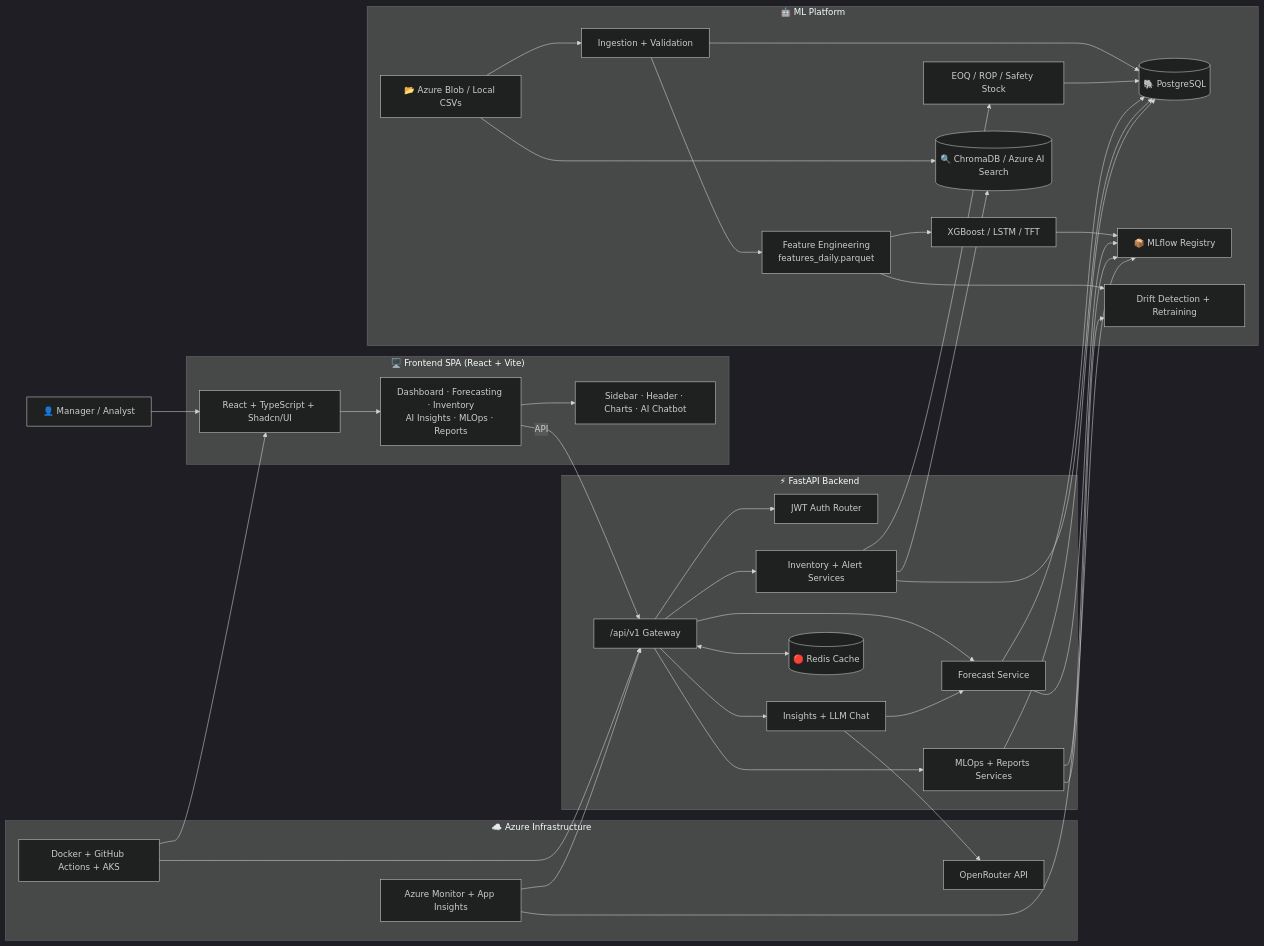
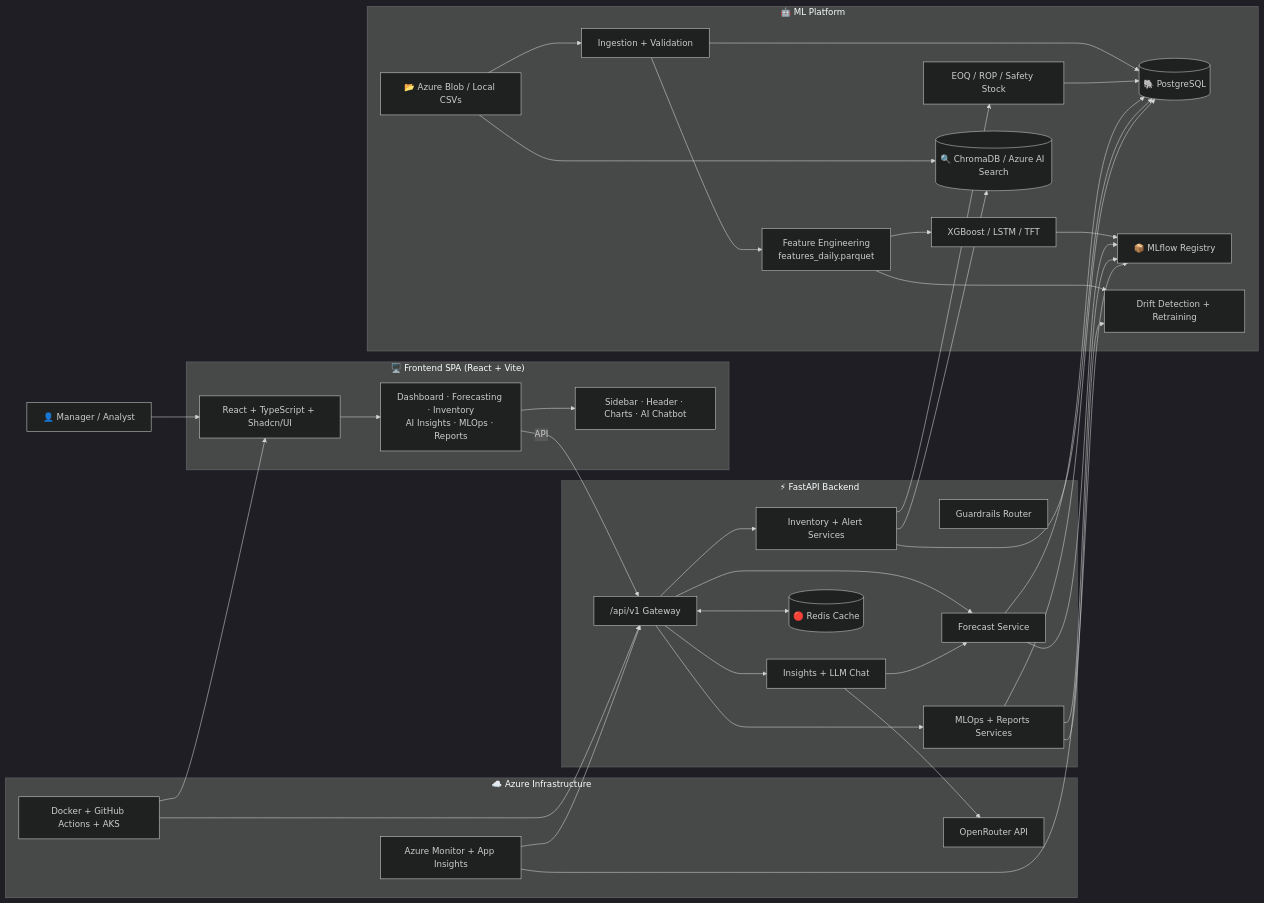
One commit to IbrahimAbdelsattar/SupplyMindAI changed the first of 5 diagrams in README.md. Above: the diagram before and after it, drawn with Mermaid (dark theme). The commit also changed other lines of this file and 78 other files, not shown here.

````diff
--- a/README.md
+++ b/README.md
@@ -212,55 +212,55 @@
 ```mermaid
 flowchart LR
     user["👤 Manager / Analyst"]
 
     subgraph FE["🖥️ Frontend SPA (React + Vite)"]
         app["React + TypeScript + Shadcn/UI"]
         pages["Dashboard · Forecasting · Inventory\nAI Insights · MLOps · Reports"]
         shared["Sidebar · Header · Charts · AI Chatbot"]
         app --> pages --> shared
     end
 
     subgraph API["⚡ FastAPI Backend"]
         gateway["/api/v1 Gateway"]
-        auth["JWT Auth Router"]
+        guardrails["Guardrails Router"]
         forecastSvc["Forecast Service"]
         inventorySvc["Inventory + Alert Services"]
         insightSvc["Insights + LLM Chat"]
         mlopsSvc["MLOps + Reports Services"]
         cache[("🔴 Redis Cache")]
-        gateway --> auth & forecastSvc & inventorySvc & insightSvc & mlopsSvc
+        gateway --> forecastSvc & inventorySvc & insightSvc & mlopsSvc
         gateway <--> cache
     end
 
     subgraph DATA["🤖 ML Platform"]
         raw["📂 Azure Blob / Local CSVs"]
         ingest["Ingestion + Validation"]
         features["Feature Engineering\nfeatures_daily.parquet"]
         postgres[("🐘 PostgreSQL")]
         training["XGBoost / LSTM / TFT"]
         registry["📦 MLflow Registry"]
         drift["Drift Detection + Retraining"]
         optimizer["EOQ / ROP / Safety Stock"]
         vector[("🔍 ChromaDB / Azure AI Search")]
         raw --> ingest --> features --> training --> registry
         ingest --> postgres
         features --> drift
         raw --> vector
         optimizer --> postgres
     end
 
     subgraph CLOUD["☁️ Azure Infrastructure"]
         llm["OpenRouter API"]
         monitor["Azure Monitor + App Insights"]
         deploy["Docker + GitHub Actions + AKS"]
     end
 
     user --> app
     pages -->|"API"| gateway
     forecastSvc --> postgres & registry
     inventorySvc --> postgres & optimizer & vector
     insightSvc --> forecastSvc & llm
     mlopsSvc --> registry & drift & postgres
     deploy --> app & gateway
     monitor --> gateway & registry
 ```
````
